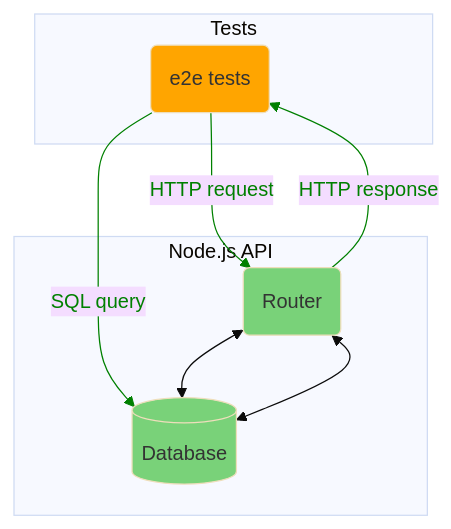
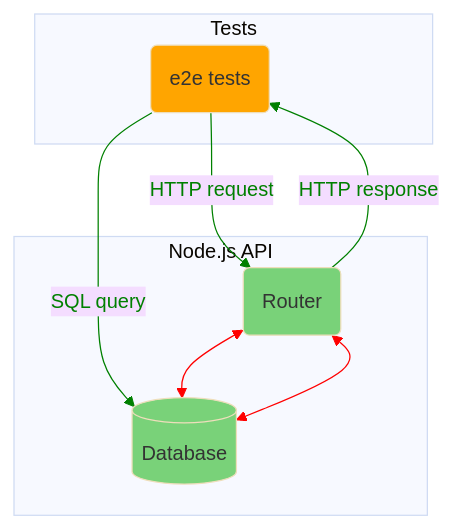
The third of 3 diagrams in summaries/testing-javascript-applications.md (aleksandr-kiliushin/learning), drawn with Mermaid (base theme) before and after one commit. The commit also changed other lines of this file, not shown here.

````diff
--- a/summaries/testing-javascript-applications.md
+++ b/summaries/testing-javascript-applications.md
@@ -110,25 +110,26 @@
 ```mermaid
   flowchart TB
     e2e-tests(e2e tests):::orange
     router(Router):::green
     database[(Database)]:::green
 
     subgraph Node.js API
       router
       database
     end
 
     subgraph Tests
       e2e-tests
     end
 
     e2e-tests--HTTP request-->router
     router--HTTP response-->e2e-tests
     e2e-tests--SQL query-->database
     router<-->database
     router<-->database
 
     classDef green fill:#79d279;
     classDef orange fill:orange;
-    linkStyle 0,1,2 stroke:green,color:green,background:none;
+    linkStyle 0,1,2 stroke:green,color:green;
+    linkStyle 3,4 stroke:red;
 ```
````
